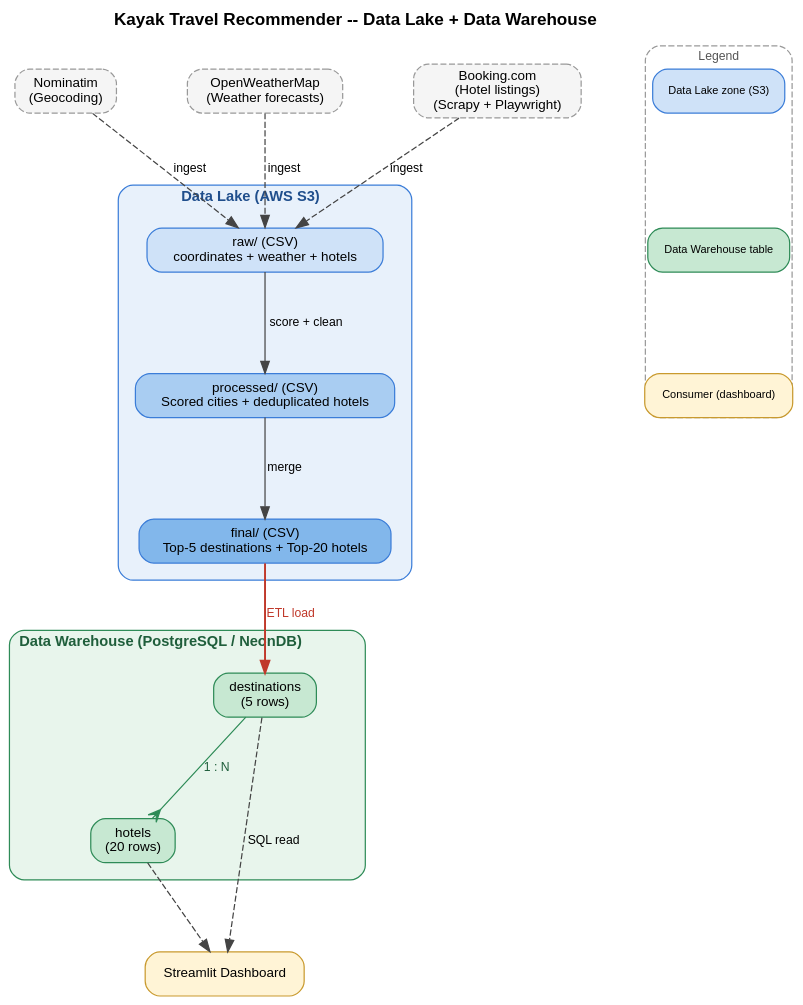
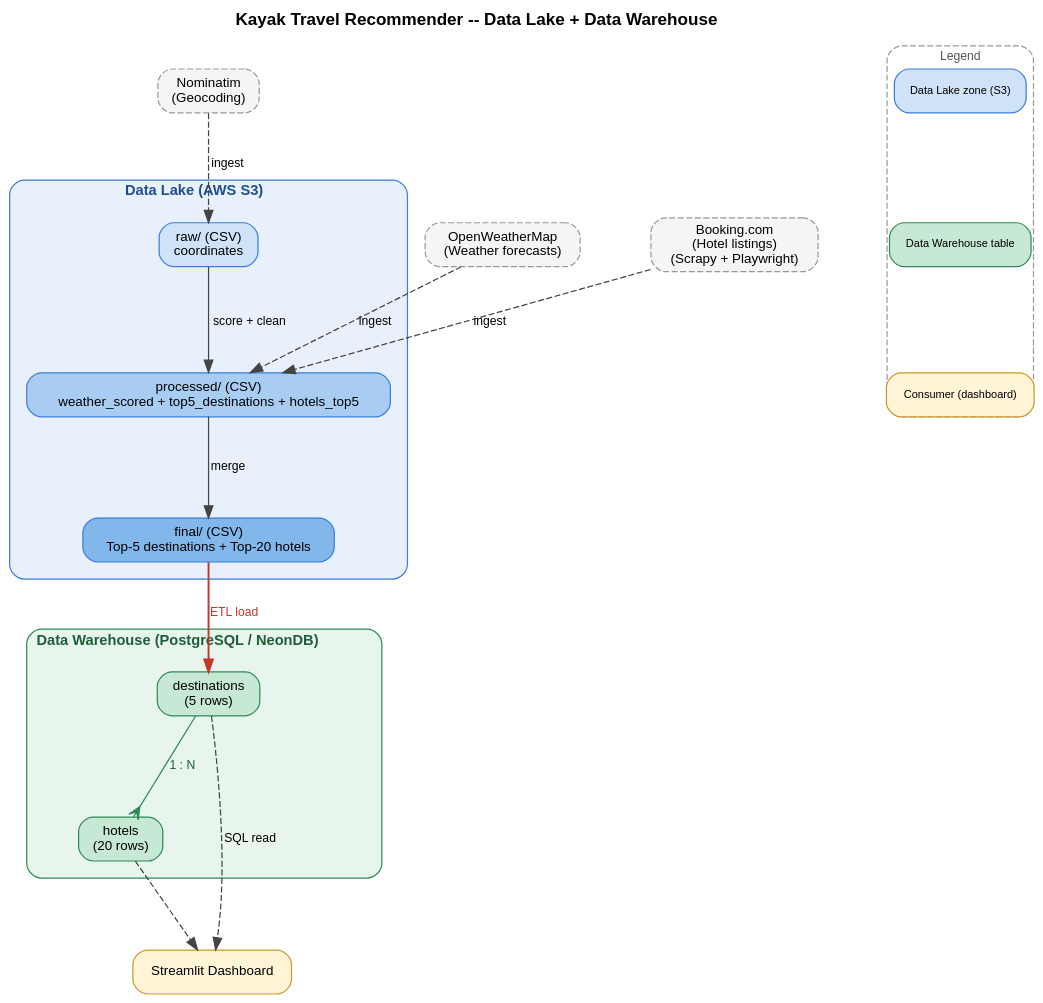
Before and after one commit to tryph0n/edu-kayak: the diagram in src/assets/diagrams/architecture.dot, drawn with Graphviz. The commit also changed 4 other files, not shown here.

```diff
--- a/src/assets/diagrams/architecture.dot
+++ b/src/assets/diagrams/architecture.dot
@@ -1,107 +1,107 @@
 digraph KayakArchitecture {
     rankdir=TB;
     bgcolor=transparent;
     fontname="Helvetica";
     fontsize=14;
     labelloc="t";
     label=<<B>Kayak Travel Recommender -- Data Lake + Data Warehouse</B>>;
     nodesep=0.8;
     ranksep=1.0;
     margin="0.5";
 
     node [shape=box, style="rounded,filled", fontname="Helvetica", fontsize=11];
     edge [fontname="Helvetica", fontsize=10, color="#444444"];
 
     nominatim [
         label="Nominatim\n(Geocoding)",
         shape=box, style="rounded,filled,dashed",
         fillcolor="#F5F5F5", color="#999999"
     ];
     openweather [
         label="OpenWeatherMap\n(Weather forecasts)",
         shape=box, style="rounded,filled,dashed",
         fillcolor="#F5F5F5", color="#999999"
     ];
     booking [
         label="Booking.com\n(Hotel listings)\n(Scrapy + Playwright)",
         shape=box, style="rounded,filled,dashed",
         fillcolor="#F5F5F5", color="#999999"
     ];
 
     subgraph cluster_lake {
         label=<<B>Data Lake (AWS S3)</B>>;
         style="rounded,filled";
         fillcolor="#E8F1FB";
         color="#3B7DD8";
         fontcolor="#1F4E8C";
         fontname="Helvetica";
         fontsize=12;
         margin=14;
 
         raw [
-            label="raw/ (CSV)\ncoordinates + weather + hotels",
+            label="raw/ (CSV)\ncoordinates",
             fillcolor="#CFE2F8", color="#3B7DD8"
         ];
         processed [
-            label="processed/ (CSV)\nScored cities + deduplicated hotels",
+            label="processed/ (CSV)\nweather_scored + top5_destinations + hotels_top5",
             fillcolor="#A9CDF2", color="#3B7DD8"
         ];
         final [
             label="final/ (CSV)\nTop-5 destinations + Top-20 hotels",
             fillcolor="#82B7EB", color="#3B7DD8"
         ];
 
         raw -> processed [label="score + clean"];
         processed -> final [label="merge"];
     }
 
     subgraph cluster_dw {
         label=<<B>Data Warehouse (PostgreSQL / NeonDB)</B>>;
         style="rounded,filled";
         fillcolor="#E8F5EC";
         color="#2E8B57";
         fontcolor="#1F5E3B";
         fontname="Helvetica";
         fontsize=12;
         margin=14;
 
         destinations [
             fillcolor="#C7E8D2", color="#2E8B57",
             label="destinations\n(5 rows)"
         ];
         hotels [
             fillcolor="#C7E8D2", color="#2E8B57",
             label="hotels\n(20 rows)"
         ];
 
         destinations -> hotels [label="1 : N", arrowhead=crow, color="#2E8B57", fontcolor="#1F5E3B"];
     }
 
     dashboard [
         label="Streamlit Dashboard",
         fillcolor="#FFF4D6", color="#C99A2E"
     ];
 
     nominatim -> raw [label="ingest", style=dashed];
-    openweather -> raw [label="ingest", style=dashed];
-    booking -> raw [label="ingest", style=dashed];
+    openweather -> processed [label="ingest", style=dashed];
+    booking -> processed [label="ingest", style=dashed];
     final -> destinations [label="ETL load", color="#C0392B", fontcolor="#C0392B", penwidth=1.6];
     destinations -> dashboard [label="SQL read", style=dashed];
     hotels -> dashboard [style=dashed];
 
     subgraph cluster_legend {
         label="Legend";
         style="rounded,dashed";
         color="#999999";
         fontcolor="#555555";
         fontname="Helvetica";
         fontsize=10;
 
         legend_dl [label="Data Lake zone (S3)", fillcolor="#CFE2F8", color="#3B7DD8", fontsize=9];
         legend_dw [label="Data Warehouse table", fillcolor="#C7E8D2", color="#2E8B57", fontsize=9];
         legend_app [label="Consumer (dashboard)", fillcolor="#FFF4D6", color="#C99A2E", fontsize=9];
 
         legend_dl -> legend_dw [style=invis];
         legend_dw -> legend_app [style=invis];
     }
 }
```
